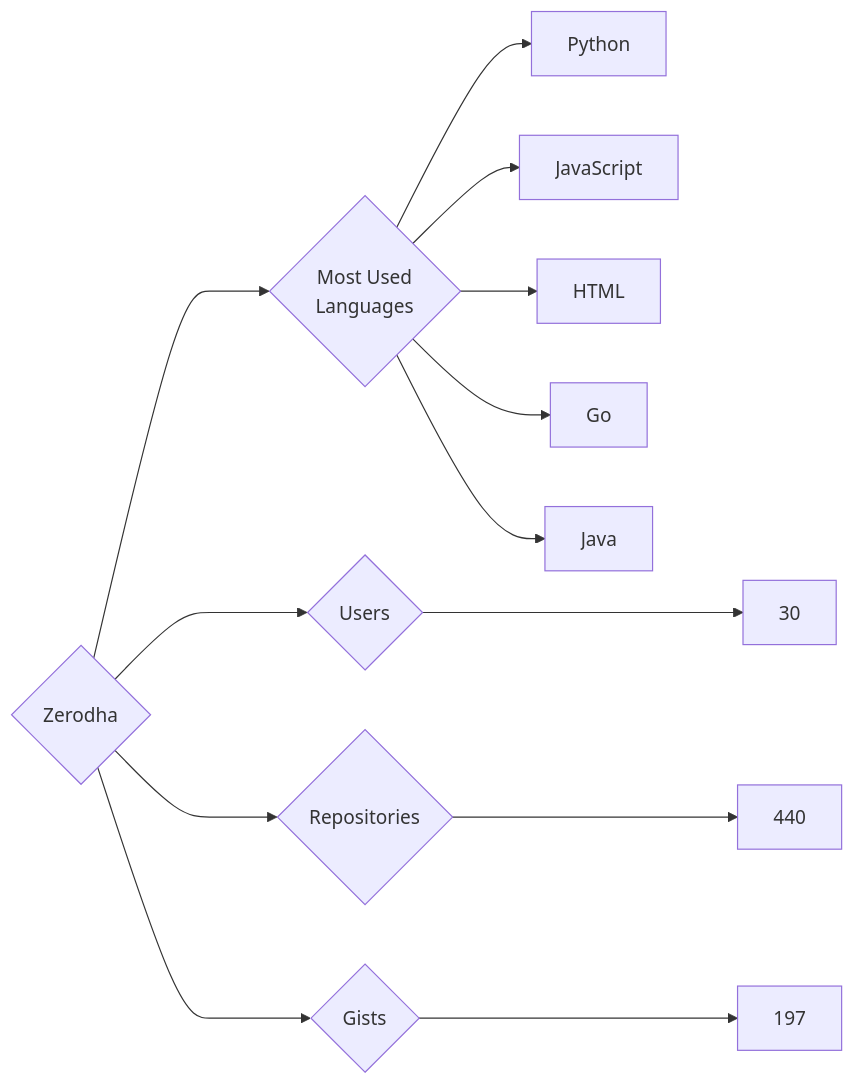
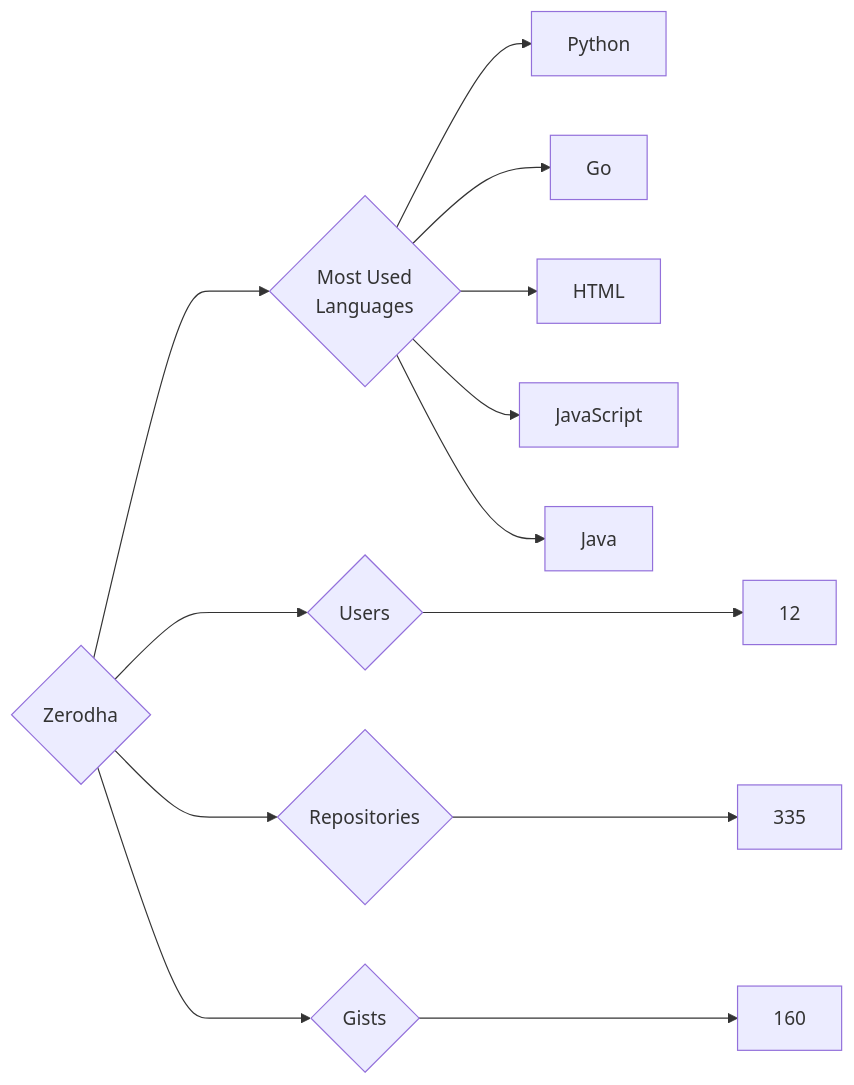
Before and after one commit to trickest/insiders: the diagram in targets/Zerodha/README.md, drawn with Mermaid. The commit also changed 948 other files, not shown here.

````diff
--- a/targets/Zerodha/README.md
+++ b/targets/Zerodha/README.md
@@ -3,13 +3,13 @@
 ```mermaid
 graph LR
 COMPANY_NAME{Zerodha}
-COMPANY_NAME ---> U{Users} ---> UN[30]
-COMPANY_NAME ---> R{Repositories} ---> RN[440]
-COMPANY_NAME ---> G{Gists} ---> GN[197]
+COMPANY_NAME ---> U{Users} ---> UN[12]
+COMPANY_NAME ---> R{Repositories} ---> RN[335]
+COMPANY_NAME ---> G{Gists} ---> GN[160]
 COMPANY_NAME ---> ML{Most Used<br>Languages}
 ML --> Python[Python]
+ML --> Go[Go]
+ML --> HTML[HTML]
 ML --> JavaScript[JavaScript]
-ML --> HTML[HTML]
-ML --> Go[Go]
 ML --> Java[Java]
 ```
````
